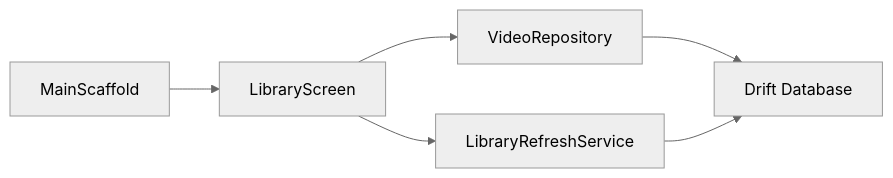
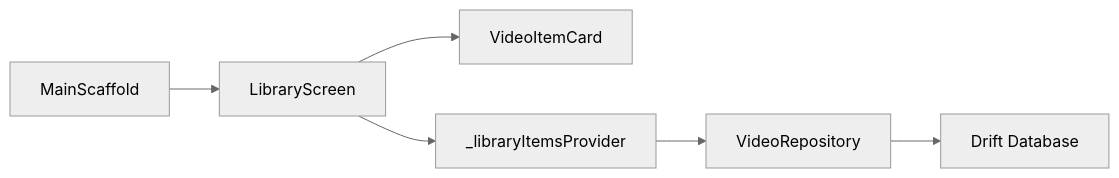
One commit to Rana76-u/mytube changed the tenth of 10 diagrams in .qoder/repowiki/en/content/Feature Modules/Library Feature.md. Above: the diagram before and after it, drawn with Mermaid (neutral theme). The commit also changed other lines of this file and 62 other files, not shown here.

````diff
--- a/.qoder/repowiki/en/content/Feature Modules/Library Feature.md
+++ b/.qoder/repowiki/en/content/Feature Modules/Library Feature.md
@@ -320,8 +442,8 @@
 ```mermaid
 graph LR
 MS["MainScaffold"] --> LS["LibraryScreen"]
-LS --> VR["VideoRepository"]
-LS --> LRS["LibraryRefreshService"]
+LS --> VIC["VideoItemCard"]
+LS --> RP["_libraryItemsProvider"]
+RP --> VR["VideoRepository"]
 VR --> DB["Drift Database"]
-LRS --> DB
 ```
````
